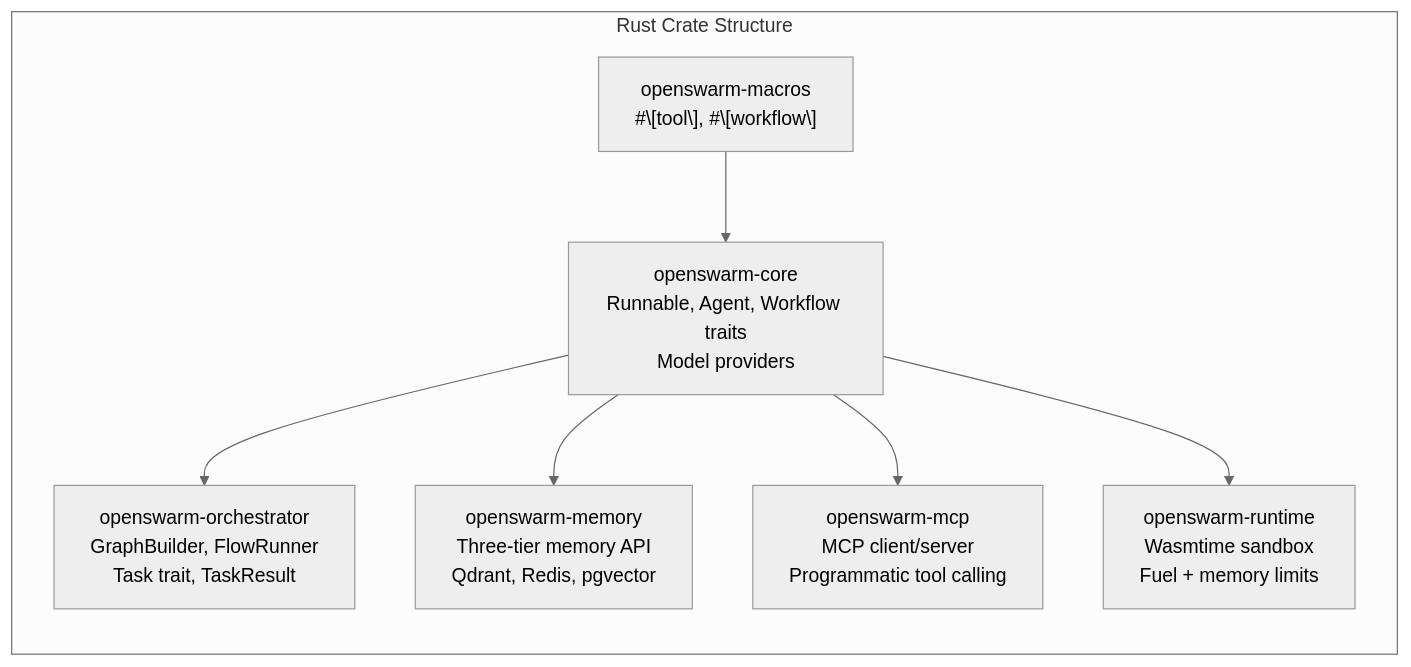
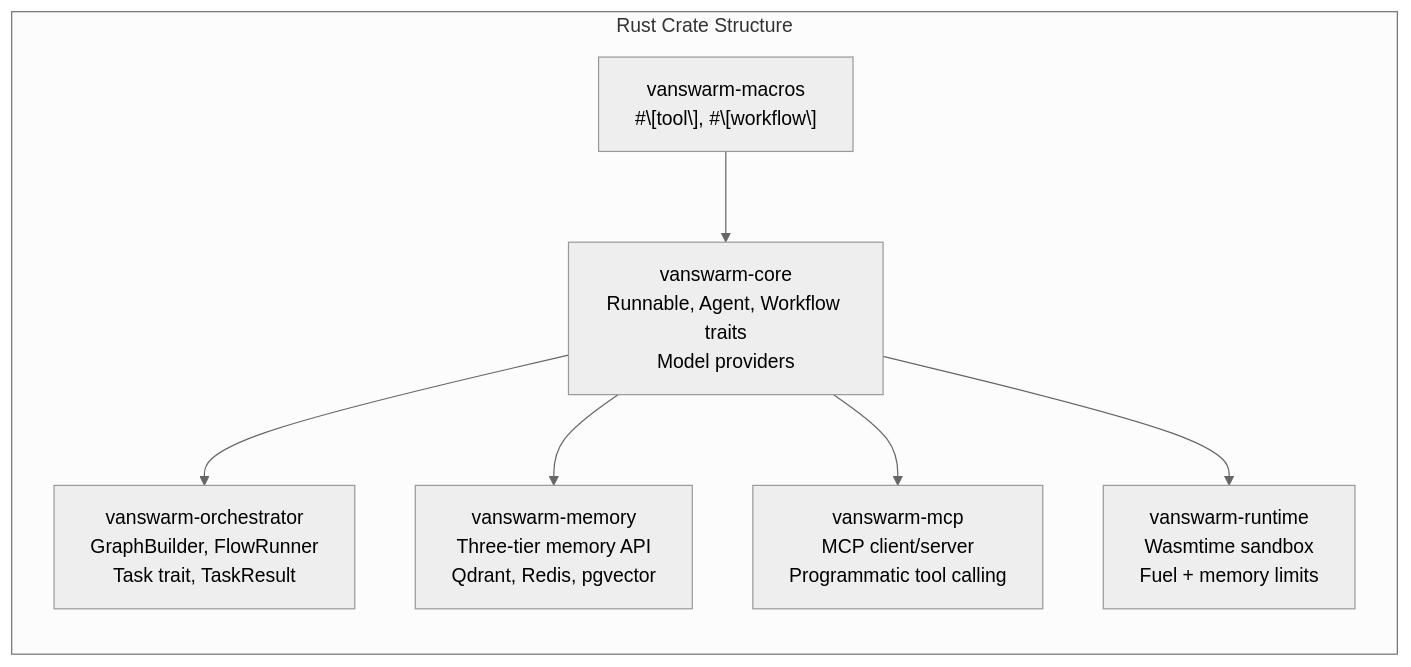
Before and after one commit to Van-Nice/van-swarm: the second of 3 diagrams in documentation/framework/workflows/01-overview-architecture.md, drawn with Mermaid (neutral theme). The commit also changed other lines of this file and 80 other files, not shown here.

````diff
--- a/documentation/framework/workflows/01-overview-architecture.md
+++ b/documentation/framework/workflows/01-overview-architecture.md
@@ -35,17 +35,17 @@
 ```mermaid
 graph LR
     subgraph RustCrates["Rust Crate Structure"]
-        core["openswarm-core\nRunnable, Agent, Workflow traits\nModel providers"]
-        orch["openswarm-orchestrator\nGraphBuilder, FlowRunner\nTask trait, TaskResult"]
-        mem["openswarm-memory\nThree-tier memory API\nQdrant, Redis, pgvector"]
-        mcp["openswarm-mcp\nMCP client/server\nProgrammatic tool calling"]
-        rt["openswarm-runtime\nWasmtime sandbox\nFuel + memory limits"]
-        macros["openswarm-macros\n#\[tool\], #\[workflow\]"]
+        core["vanswarm-core\nRunnable, Agent, Workflow traits\nModel providers"]
+        orch["vanswarm-orchestrator\nGraphBuilder, FlowRunner\nTask trait, TaskResult"]
+        mem["vanswarm-memory\nThree-tier memory API\nQdrant, Redis, pgvector"]
+        mcp["vanswarm-mcp\nMCP client/server\nProgrammatic tool calling"]
+        rt["vanswarm-runtime\nWasmtime sandbox\nFuel + memory limits"]
+        macros["vanswarm-macros\n#\[tool\], #\[workflow\]"]
     end
 
     core --> orch
     core --> mem
     core --> mcp
     core --> rt
     macros --> core
 ```
````
